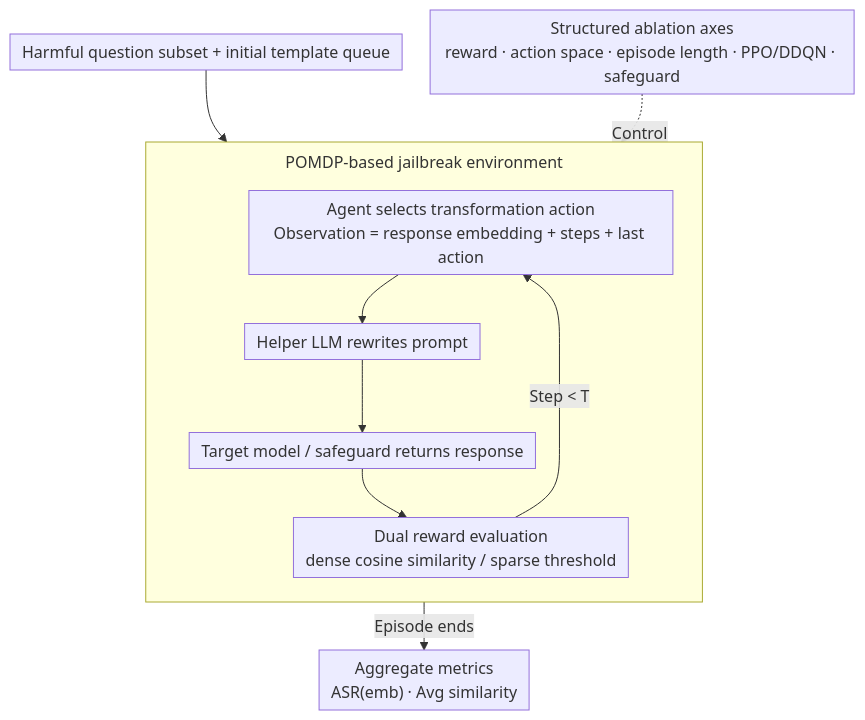
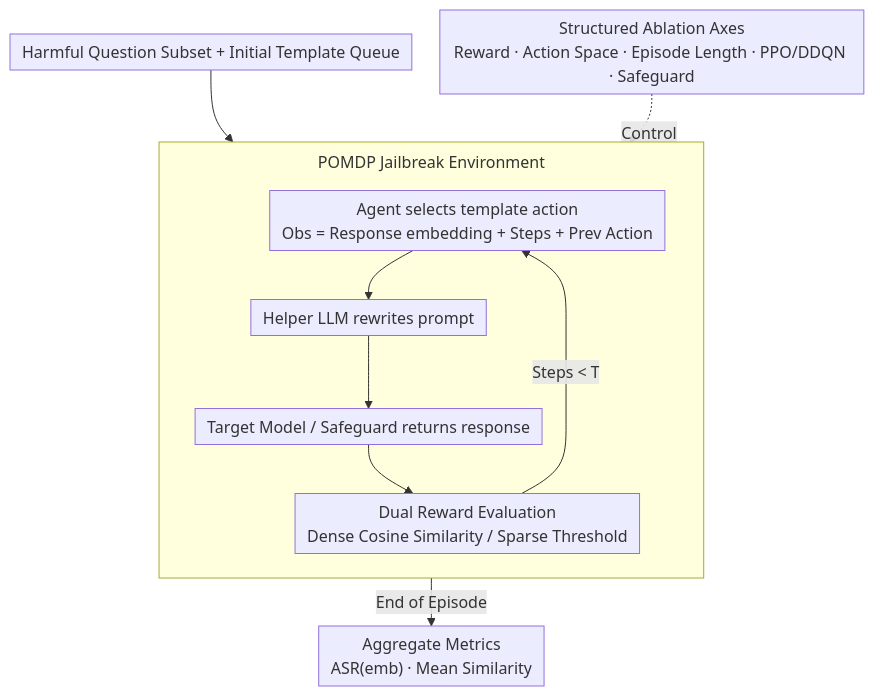
Before and after one commit to zhaoyang97/Paper-Notes-en: the diagram in docs/ICML2026/image_generation/a_systematic_investigation_of_rl-jailbreaking_in_llms.md, drawn with Mermaid. The commit also changed other lines of this file and 5084 other files, not shown here.

````diff
--- a/docs/ICML2026/image_generation/a_systematic_investigation_of_rl-jailbreaking_in_llms.md
+++ b/docs/ICML2026/image_generation/a_systematic_investigation_of_rl-jailbreaking_in_llms.md
@@ -45,14 +45,14 @@
 ```mermaid
 %%{init: {'flowchart': {'rankSpacing': 24, 'nodeSpacing': 28, 'padding': 6, 'wrappingWidth': 400, 'subGraphTitleMargin': {'top': 8, 'bottom': 16}}}}%%
 flowchart TD
-    A["Harmful question subset + initial template queue"] --> B
-    subgraph ENV["POMDP-based jailbreak environment"]
+    A["Harmful Question Subset + Initial Template Queue"] --> B
+    subgraph ENV["POMDP Jailbreak Environment"]
         direction TB
-        B["Agent selects transformation action<br/>Observation = response embedding + steps + last action"] --> C["Helper LLM rewrites prompt"]
-        C --> D["Target model / safeguard returns response"]
-        D --> E["Dual reward evaluation<br/>dense cosine similarity / sparse threshold"]
-        E -->|Step < T| B
+        B["Agent selects template action<br/>Obs = Response embedding + Steps + Prev Action"] --> C["Helper LLM rewrites prompt"]
+        C --> D["Target Model / Safeguard returns response"]
+        D --> E["Dual Reward Evaluation<br/>Dense Cosine Similarity / Sparse Threshold"]
+        E -->|Steps < T| B
     end
-    E -->|Episode ends| F["Aggregate metrics<br/>ASR(emb) · Avg similarity"]
-    G["Structured ablation axes<br/>reward · action space · episode length · PPO/DDQN · safeguard"] -.Control.-> ENV
+    E -->|End of Episode| F["Aggregate Metrics<br/>ASR(emb) · Mean Similarity"]
+    G["Structured Ablation Axes<br/>Reward · Action Space · Episode Length · PPO/DDQN · Safeguard"] -.Control.-> ENV
 ```
````
